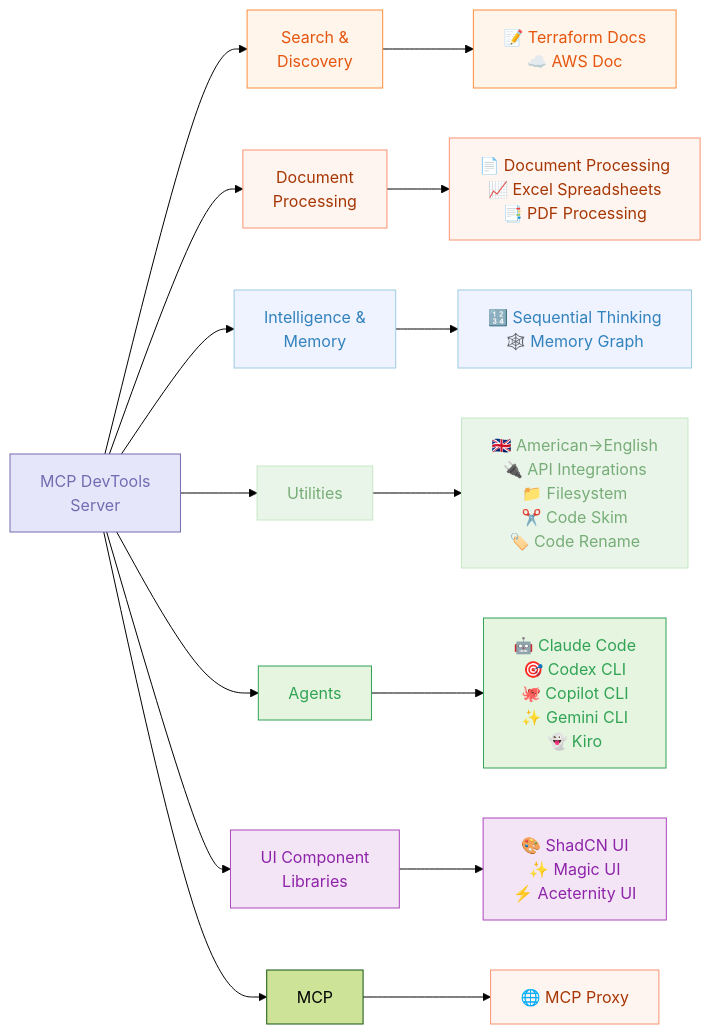
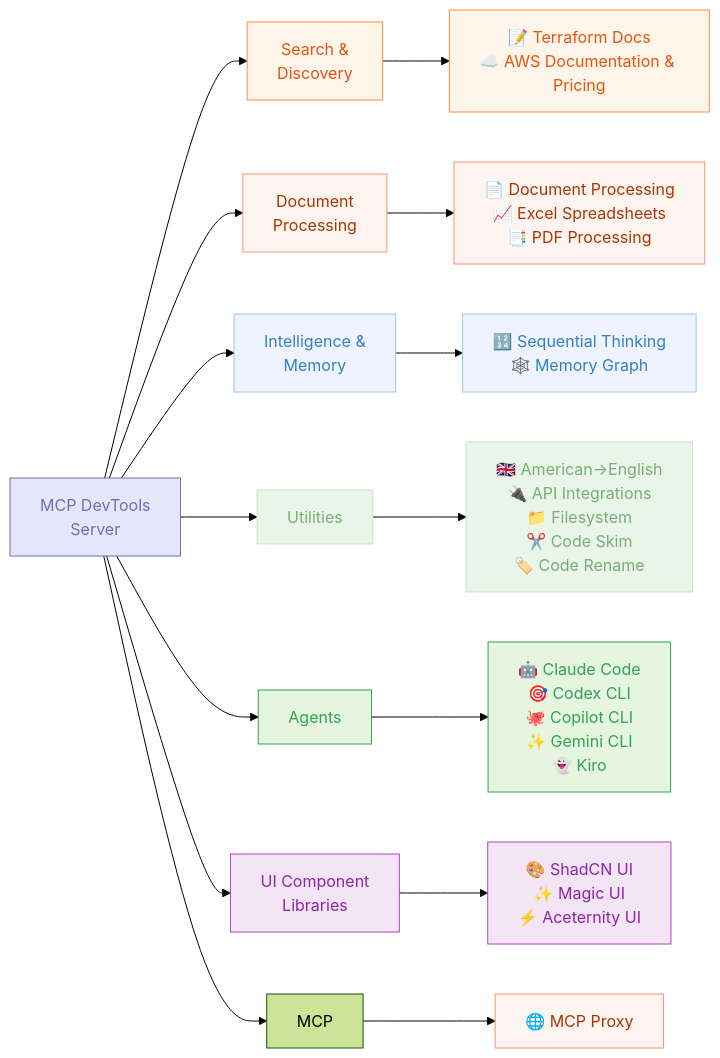
One commit to sammcj/mcp-devtools changed the second of 2 diagrams in README.md. Above: the diagram before and after it, drawn with Mermaid (forest theme). The commit also changed other lines of this file and 6 other files, not shown here.

Commit message:
feat: add AWS pricing to AWS documentation tool

````diff
--- a/README.md
+++ b/README.md
@@ -34,43 +34,43 @@
 ```mermaid
 graph LR
     A[MCP DevTools<br>Server]
 
     A --> B[Search &<br>Discovery]
     A --> C[Document<br>Processing]
     A --> E[Intelligence &<br>Memory]
     A --> F[Utilities]
     A --> G[Agents]
     A --> D[UI Component<br>Libraries]
     A --> H[MCP]
 
-    B --> B_Tools[📝 Terraform Docs<br>☁️ AWS Doc]
+    B --> B_Tools[📝 Terraform Docs<br>☁️ AWS Documentation & Pricing]
 
     C --> C_Tools[📄 Document Processing<br>📈 Excel Spreadsheets<br>📑 PDF Processing]
 
     E --> E_Tools[🔢 Sequential Thinking<br>🕸️ Memory Graph]
 
     F --> F_Tools[🇬🇧 American→English<br>🔌 API Integrations<br>📁 Filesystem<br>✂️ Code Skim<br>🏷️ Code Rename]
 
     G --> G_Tools[🤖 Claude Code<br>🎯 Codex CLI<br>🐙 Copilot CLI<br>✨ Gemini CLI<br>👻 Kiro]
 
     D --> D_Tools[🎨 ShadCN UI<br>✨ Magic UI<br>⚡ Aceternity UI]
 
     H --> H_Proxy[🌐 MCP Proxy]
 
     classDef components fill:#E6E6FA,stroke:#756BB1,color:#756BB1
     classDef llm fill:#E5F5E0,stroke:#31A354,color:#31A354
     classDef process fill:#EAF5EA,stroke:#C6E7C6,color:#77AD77
     classDef data fill:#EFF3FF,stroke:#9ECAE1,color:#3182BD
     classDef decision fill:#FFF5EB,stroke:#FD8D3C,color:#E6550D
     classDef api fill:#FFF5F0,stroke:#FD9272,color:#A63603
     classDef ui fill:#F3E5F5,stroke:#AB47BC,color:#8E24AA
 
     class A components
     class B,B_Tools decision
     class C,C_Tools api
     class D,D_Tools ui
     class E,E_Tools data
     class F,F_Tools process
     class G,G_Tools llm
     class H_Proxy api
 ```
````
